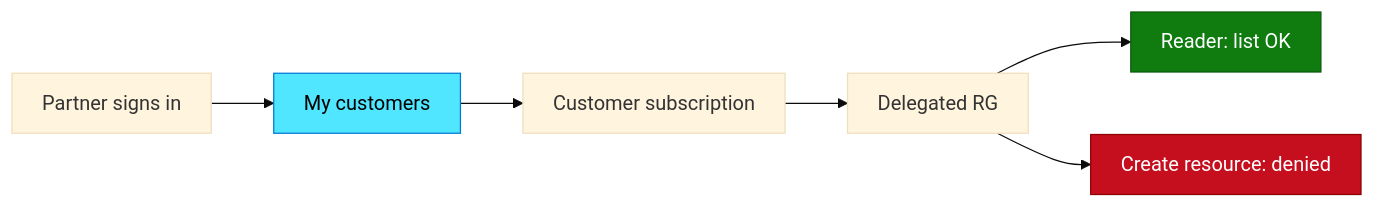
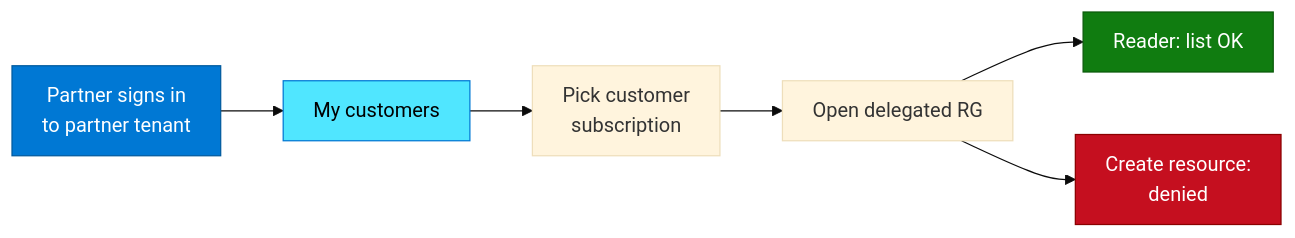
The seventh of 10 diagrams in Module_09_Azure_Lighthouse/09_Azure_Lighthouse_Concepts.md (atingupta2005/adx-aws-training-aug-26), drawn with Mermaid before and after one commit. The commit also changed other lines of this file, not shown here.

````diff
--- a/Module_09_Azure_Lighthouse/09_Azure_Lighthouse_Concepts.md
+++ b/Module_09_Azure_Lighthouse/09_Azure_Lighthouse_Concepts.md
@@ -140,10 +245,13 @@
 ```mermaid
 %%{init: {"theme":"base","flowchart":{"htmlLabels":true,"padding":12}}}%%
 flowchart LR
-  U["Partner signs in"] --> M["My customers"] --> S["Customer subscription"] --> R["Delegated RG"]
+  U["Partner signs in<br/>to partner tenant"] --> M["My customers"]
+  M --> S["Pick customer<br/>subscription"]
+  S --> R["Open delegated RG"]
   R --> W["Reader: list OK"]
-  R --> X["Create resource: denied"]
+  R --> X["Create resource:<br/>denied"]
+  style U fill:#0078D4,stroke:#005A9E,color:#fff
   style M fill:#50e6ff,stroke:#0078D4,color:#000
   style W fill:#107C10,stroke:#0B5A0B,color:#fff
   style X fill:#c50f1f,stroke:#8b0000,color:#fff
 ```
````
